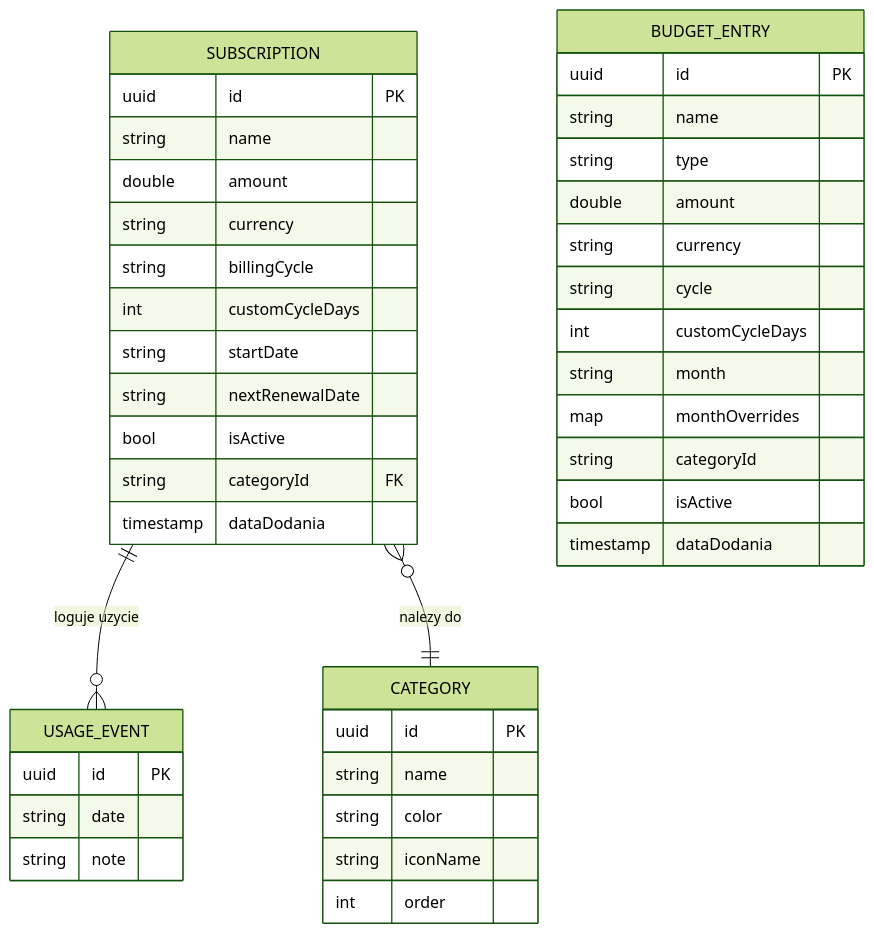
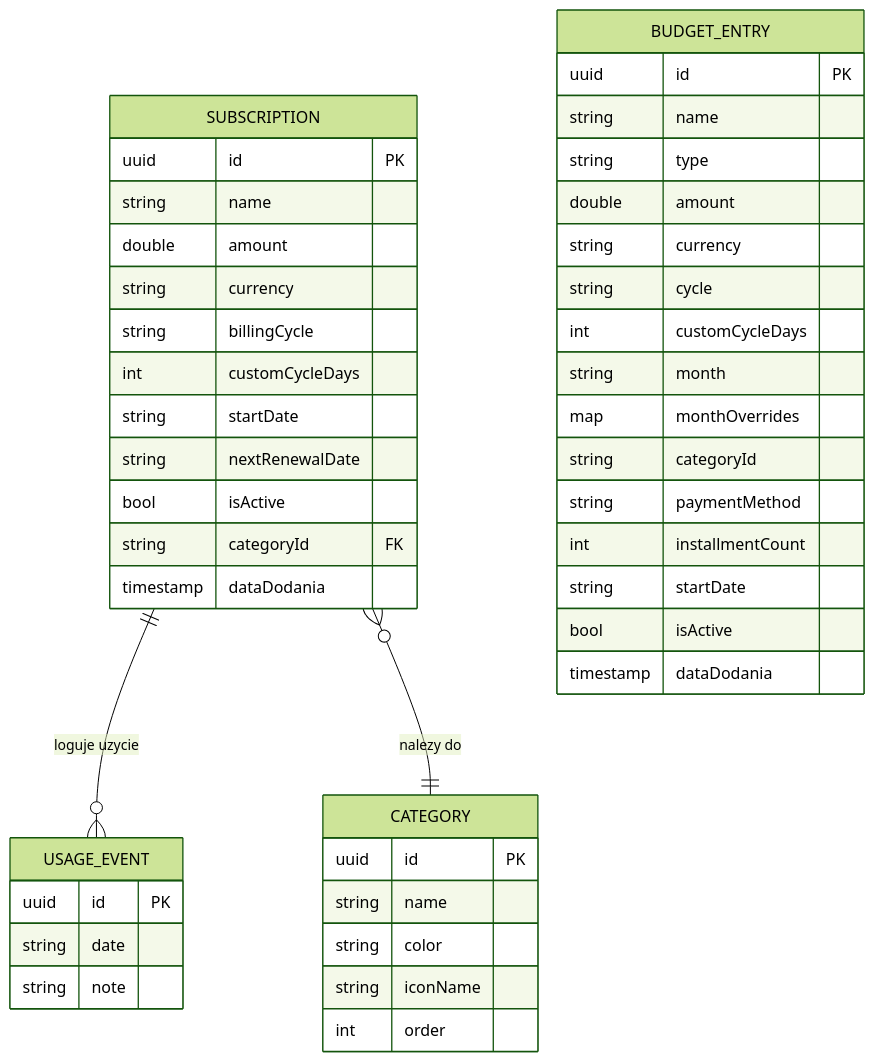
One commit to Rzempal/karton-subs changed the diagram in docs/database.md. Above: the diagram before and after it, drawn with Mermaid (forest theme). The commit also changed other lines of this file and 17 other files, not shown here.

````diff
--- a/docs/database.md
+++ b/docs/database.md
@@ -9,48 +9,51 @@
 ```mermaid
 erDiagram
     SUBSCRIPTION {
         uuid id PK
         string name
         double amount
         string currency
         string billingCycle
         int customCycleDays
         string startDate
         string nextRenewalDate
         bool isActive
         string categoryId FK
         timestamp dataDodania
     }
 
     SUBSCRIPTION ||--o{ USAGE_EVENT : "loguje uzycie"
     SUBSCRIPTION }o--|| CATEGORY : "nalezy do"
 
     USAGE_EVENT {
         uuid id PK
         string date
         string note
     }
 
     CATEGORY {
         uuid id PK
         string name
         string color
         string iconName
         int order
     }
 
     BUDGET_ENTRY {
         uuid id PK
         string name
         string type
         double amount
         string currency
         string cycle
         int customCycleDays
         string month
         map monthOverrides
         string categoryId
+        string paymentMethod
+        int installmentCount
+        string startDate
         bool isActive
         timestamp dataDodania
     }
 ```
````
